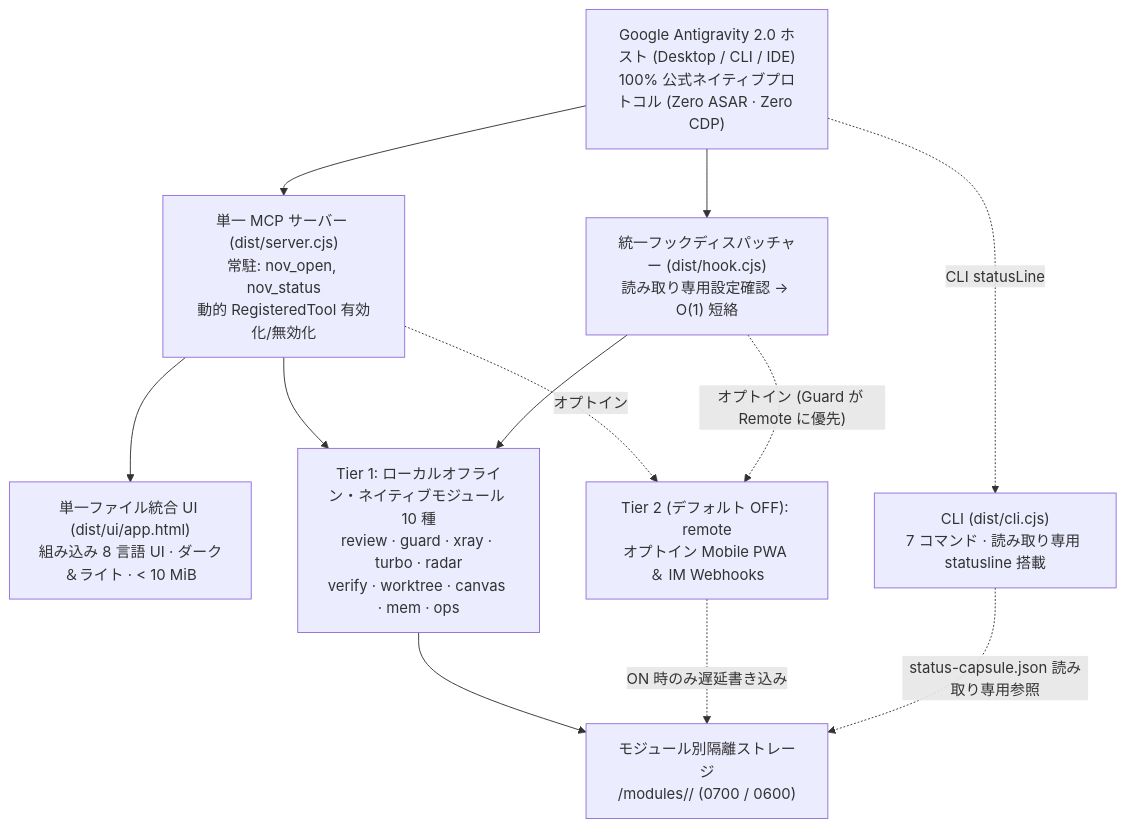
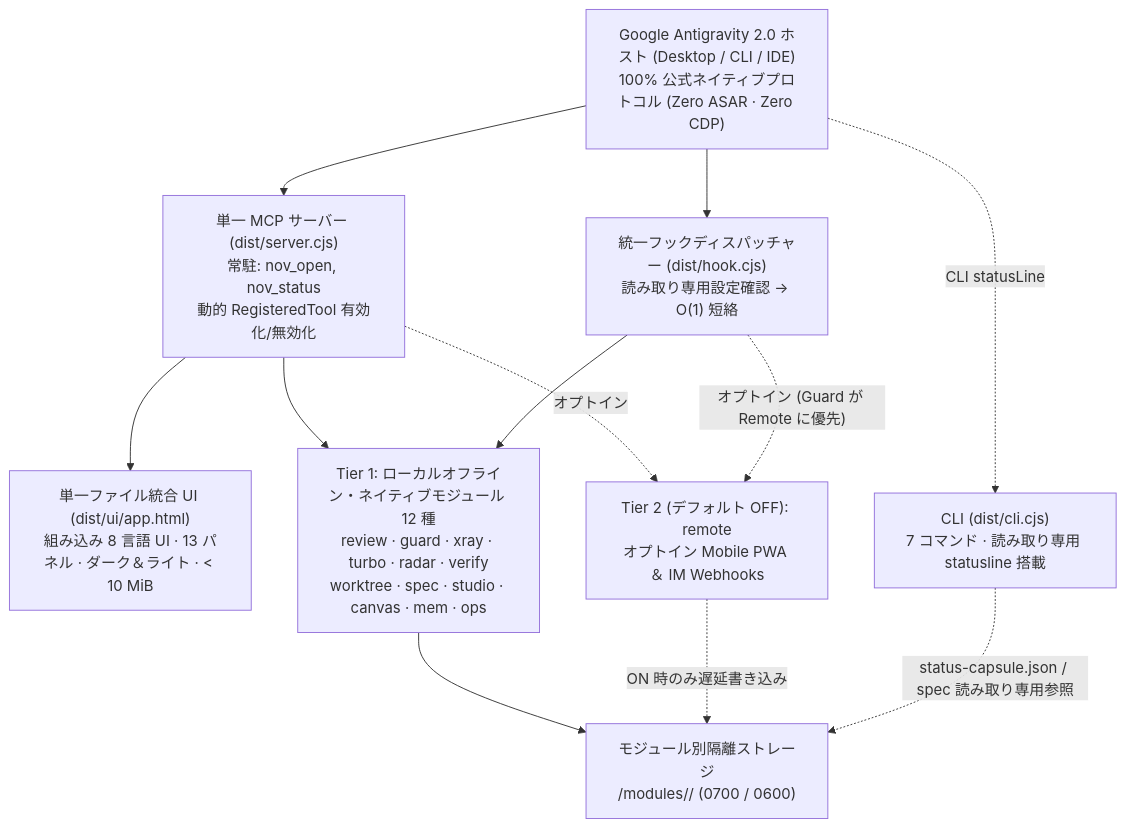
One commit to tone-leh/agy-NOV changed the diagram in docs/i18n/README.ja.md. Above: the diagram before and after it, drawn with Mermaid. The commit also changed other lines of this file and 55 other files, not shown here.

Commit message:
feat(v0.4.0): Spec Flow & Task DAG, Workspace Studio, Turbo RTK compression & Ops 2.0 budget doctor

````diff
--- a/docs/i18n/README.ja.md
+++ b/docs/i18n/README.ja.md
@@ -192,23 +196,23 @@
 ```mermaid
 flowchart TB
   Host["Google Antigravity 2.0 ホスト (Desktop / CLI / IDE)\n100% 公式ネイティブプロトコル (Zero ASAR · Zero CDP)"]
   MCP["単一 MCP サーバー (dist/server.cjs)\n常駐: nov_open, nov_status\n動的 RegisteredTool 有効化/無効化"]
-  UI["単一ファイル統合 UI (dist/ui/app.html)\n組み込み 8 言語 UI · ダーク＆ライト · < 10 MiB"]
+  UI["単一ファイル統合 UI (dist/ui/app.html)\n組み込み 8 言語 UI · 13 パネル · ダーク＆ライト · < 10 MiB"]
   Hook["統一フックディスパッチャー (dist/hook.cjs)\n読み取り専用設定確認 -> O(1) 短絡"]
   CLI["CLI (dist/cli.cjs)\n7 コマンド · 読み取り専用 statusline 搭載"]
   Store["モジュール別隔離ストレージ\n<dataDir>/modules/<id>/ (0700 / 0600)"]
-  T1["Tier 1: ローカルオフライン・ネイティブモジュール 10 種\nreview · guard · xray · turbo · radar\nverify · worktree · canvas · mem · ops"]
+  T1["Tier 1: ローカルオフライン・ネイティブモジュール 12 種\nreview · guard · xray · turbo · radar · verify\nworktree · spec · studio · canvas · mem · ops"]
   T2R["Tier 2 (デフォルト OFF): remote\nオプトイン Mobile PWA ＆ IM Webhooks"]
 
   Host --> MCP
   Host --> Hook
   Host -. "CLI statusLine" .-> CLI
   MCP --> UI
   MCP --> T1
   MCP -. "オプトイン" .-> T2R
   Hook --> T1
   Hook -. "オプトイン (Guard が Remote に優先)" .-> T2R
   T1 --> Store
   T2R -. "ON 時のみ遅延書き込み" .-> Store
-  CLI -. "status-capsule.json 読み取り専用参照" .-> Store
+  CLI -. "status-capsule.json / spec 読み取り専用参照" .-> Store
 ```
````
